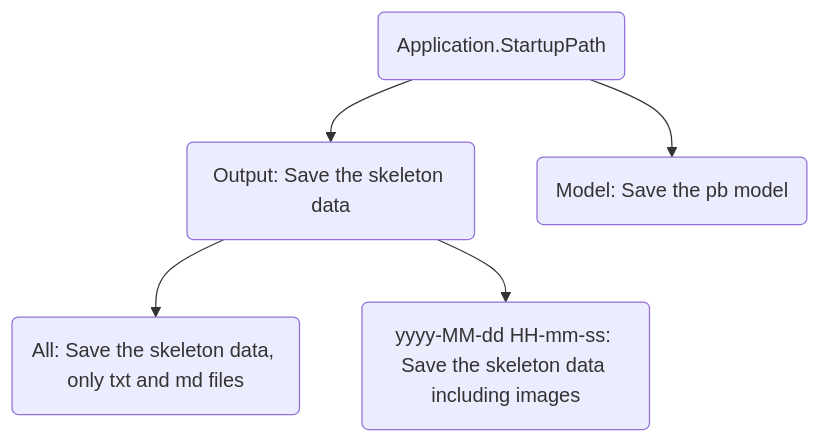
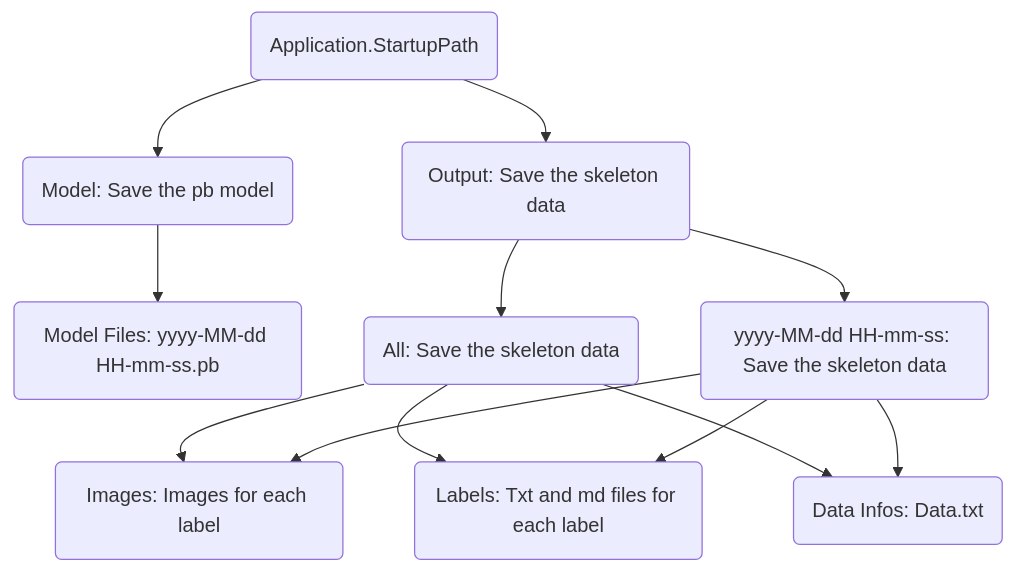
One commit to ZpRoc/GestureRecognition changed the diagram in README.md. Above: the diagram before and after it, drawn with Mermaid. The commit also changed other lines of this file, not shown here.

Commit message:
Add the data instructions.

````diff
--- a/README.md
+++ b/README.md
@@ -148,13 +152,24 @@
 ```mermaid
 graph TD
 	A(Application.StartupPath)
-	B1(Output: Save the skeleton data)
-	B2(Model: Save the pb model)
-	C0(All: Save the skeleton data, only txt and md files)
-	Cx(yyyy-MM-dd HH-mm-ss: Save the skeleton data including images)
+	B1(Model: Save the pb model)
+	B2(Output: Save the skeleton data)
+	C0(Model Files: yyyy-MM-dd HH-mm-ss.pb)
+	D0(All: Save the skeleton data)
+	Dx(yyyy-MM-dd HH-mm-ss: Save the skeleton data)
+	E1(Images: Images for each label)
+	E2(Labels: Txt and md files for each label)
+	E3(Data Infos: Data.txt)
 	
 	A --> B1
 	A --> B2
 	B1 --> C0
-	B1 --> Cx
+	B2 --> D0
+	B2 --> Dx
+	D0 --> E1
+	D0 --> E2
+	D0 --> E3
+	Dx --> E1
+	Dx --> E2
+	Dx --> E3
 ```
````
